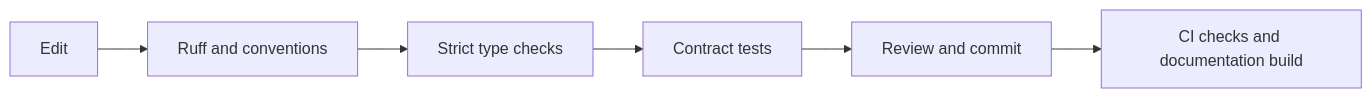
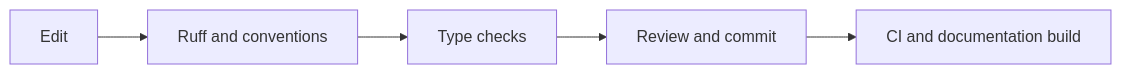
One commit to nikhilr2907/CareAI changed the diagram in docs/development.md. Above: the diagram before and after it, drawn with Mermaid. The commit also changed other lines of this file and 33 other files, not shown here.

Commit message:
Add core type hints and broaden quality checks

````diff
--- a/docs/development.md
+++ b/docs/development.md
@@ -26,8 +25,7 @@
 ```mermaid
 flowchart LR
     EDIT[Edit] --> LINT[Ruff and conventions]
-    LINT --> TYPES[Strict type checks]
-    TYPES --> TESTS[Contract tests]
-    TESTS --> REVIEW[Review and commit]
-    REVIEW --> CI[CI checks and documentation build]
+    LINT --> TYPES[Type checks]
+    TYPES --> REVIEW[Review and commit]
+    REVIEW --> CI[CI and documentation build]
 ```
````
